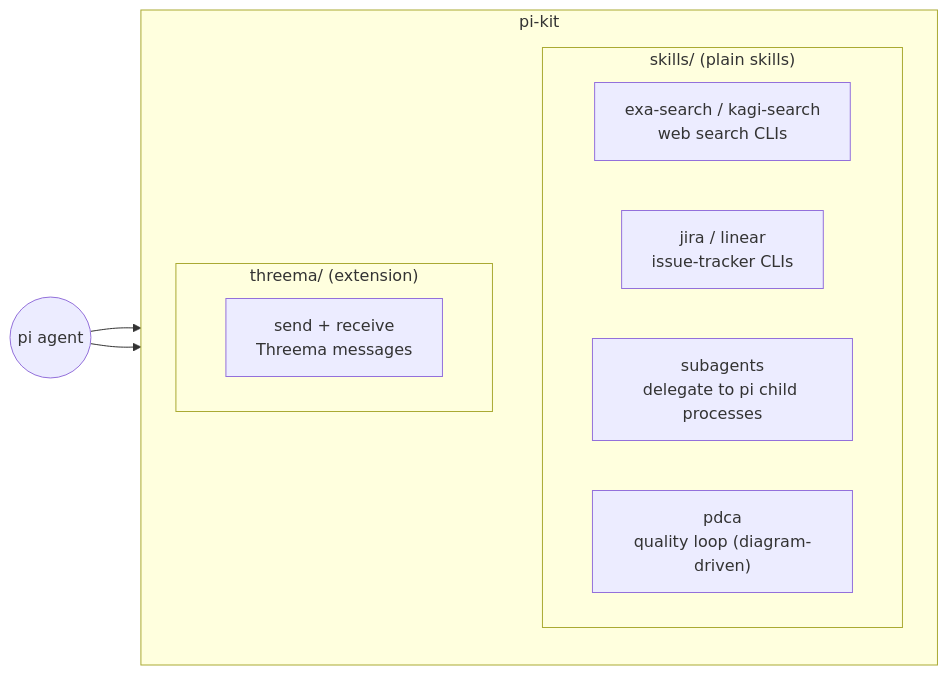
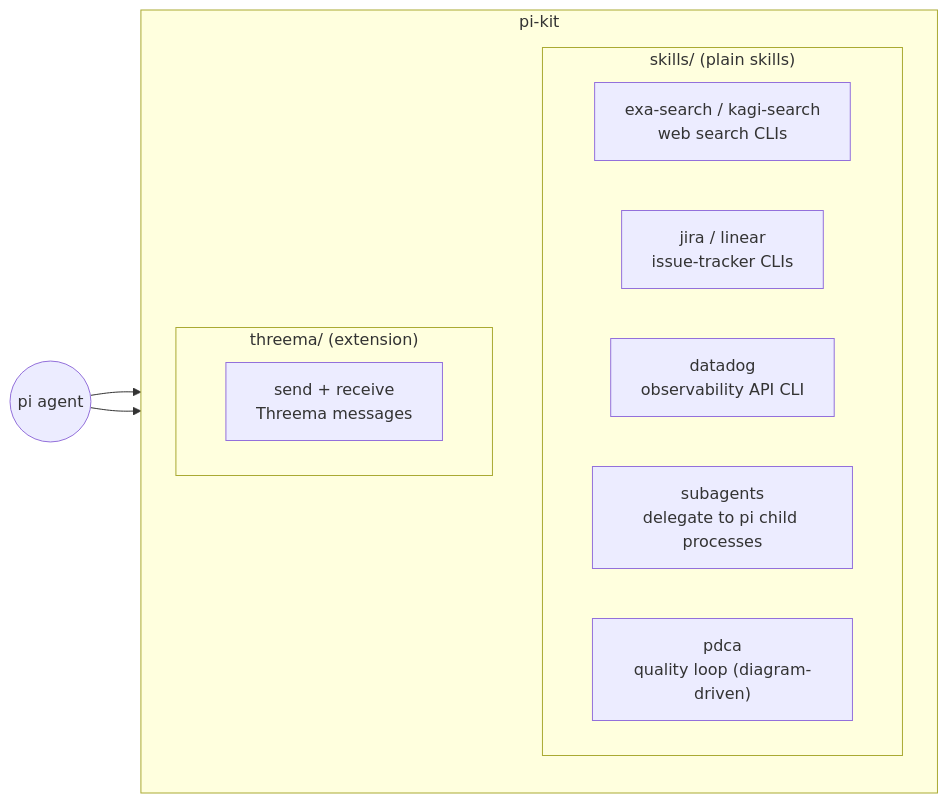
One commit to ulvestuen/pi-kit changed the first of 3 diagrams in ROADMAP.md. Above: the diagram before and after it, drawn with Mermaid. The commit also changed other lines of this file and 7 other files, not shown here.

````diff
--- a/ROADMAP.md
+++ b/ROADMAP.md
@@ -15,17 +15,18 @@
 ```mermaid
 flowchart LR
     subgraph pikit["pi-kit"]
         direction TB
         subgraph skills["skills/ (plain skills)"]
             search["exa-search / kagi-search<br/>web search CLIs"]
             trackers["jira / linear<br/>issue-tracker CLIs"]
+            observability["datadog<br/>observability API CLI"]
             subagents["subagents<br/>delegate to pi child processes"]
             pdca["pdca<br/>quality loop (diagram-driven)"]
         end
         subgraph ext["threema/ (extension)"]
             threema["send + receive<br/>Threema messages"]
         end
     end
     pi(("pi agent")) --> skills
     pi --> ext
 ```
````
